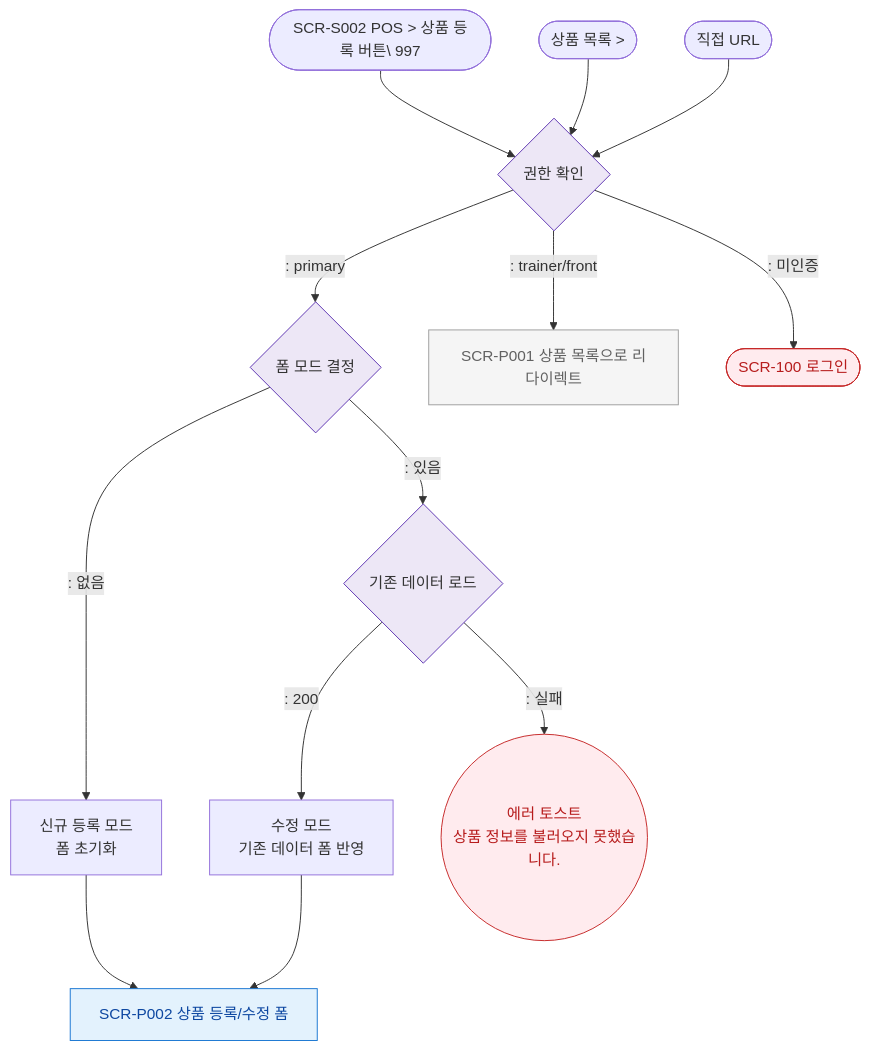
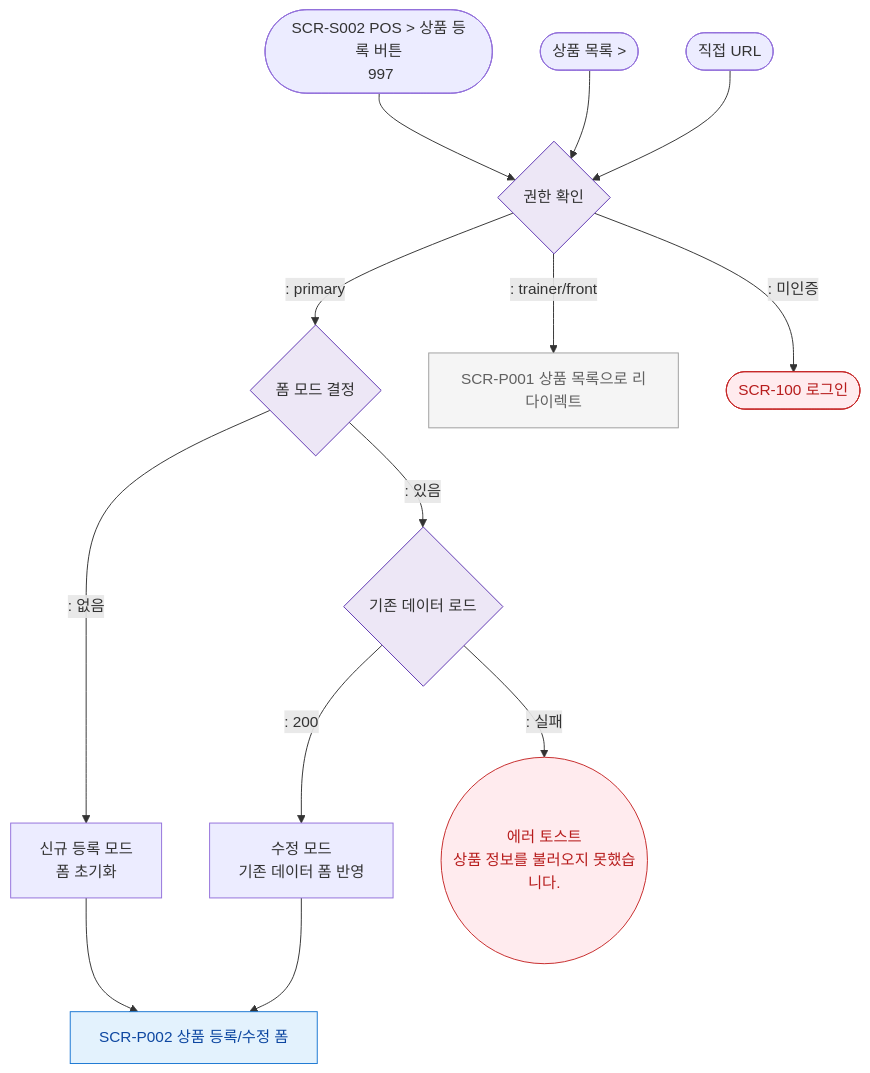
The diagram in docs/admin/다이어그램/D05_상품관리/SCR-P002_상품등록수정_레거시/F1_진입.md (dev-spogym/admin-pando), drawn with Mermaid before and after one commit. The commit also changed 369 other files, not shown here.

````diff
--- a/docs/admin/다이어그램/D05_상품관리/SCR-P002_상품등록수정_레거시/F1_진입.md
+++ b/docs/admin/다이어그램/D05_상품관리/SCR-P002_상품등록수정_레거시/F1_진입.md
@@ -17,28 +17,28 @@
 ```mermaid
 flowchart TD
-    POS([SCR-S002 POS > 상품 등록 버튼\ 997]) --> Auth{권한 확인}
+    POS([SCR-S002 POS > 상품 등록 버튼<br/> 997]) --> Auth{권한 확인}
     EDIT([상품 목록 >]) --> Auth
     NEW([직접 URL]) --> Auth
 
     Auth -->|": primary"|LoadForm{폼 모드 결정}
     Auth -->|": trainer/front"|Redirect[SCR-P001 상품 목록으로 리다이렉트]
     Auth -->|": 미인증"|Login([SCR-100 로그인])
 
     LoadForm -->|": 없음"|NewMode[신규 등록 모드\n폼 초기화]
     LoadForm -->|": 있음"|LoadData{기존 데이터 로드}
 
     LoadData -->|": 200"|EditMode[수정 모드\n기존 데이터 폼 반영]
     LoadData -->|": 실패"|ErrToast((에러 토스트\n상품 정보를 불러오지 못했습니다.))
 
     NewMode --> SCR_P002[SCR-P002 상품 등록/수정 폼]
     EditMode --> SCR_P002
 
     classDef screen fill:#E3F2FD,stroke:#1976D2,color:#0D47A1
     classDef error fill:#FFEBEE,stroke:#C62828,color:#B71C1C
     classDef system fill:#EDE7F6,stroke:#5E35B2
     classDef rbacBlocked fill:#F5F5F5,stroke:#9E9E9E,color:#616161
     class SCR_P002 screen
     class ErrToast,Login error
     class Redirect rbacBlocked
     class Auth,LoadForm,LoadData system
 ```
````
